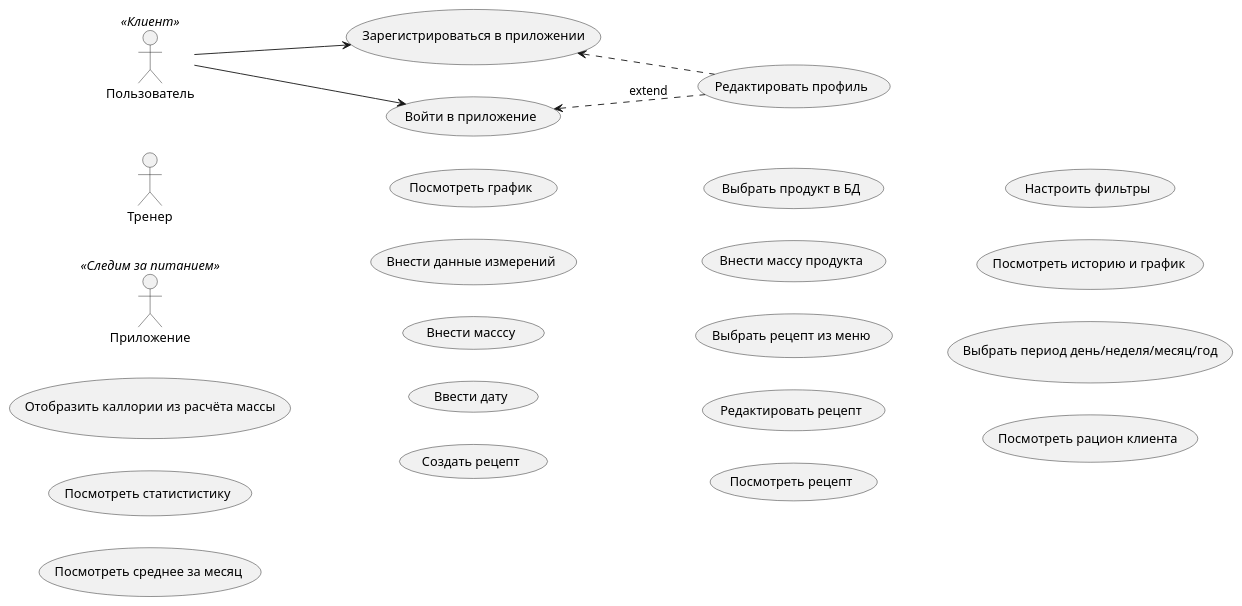
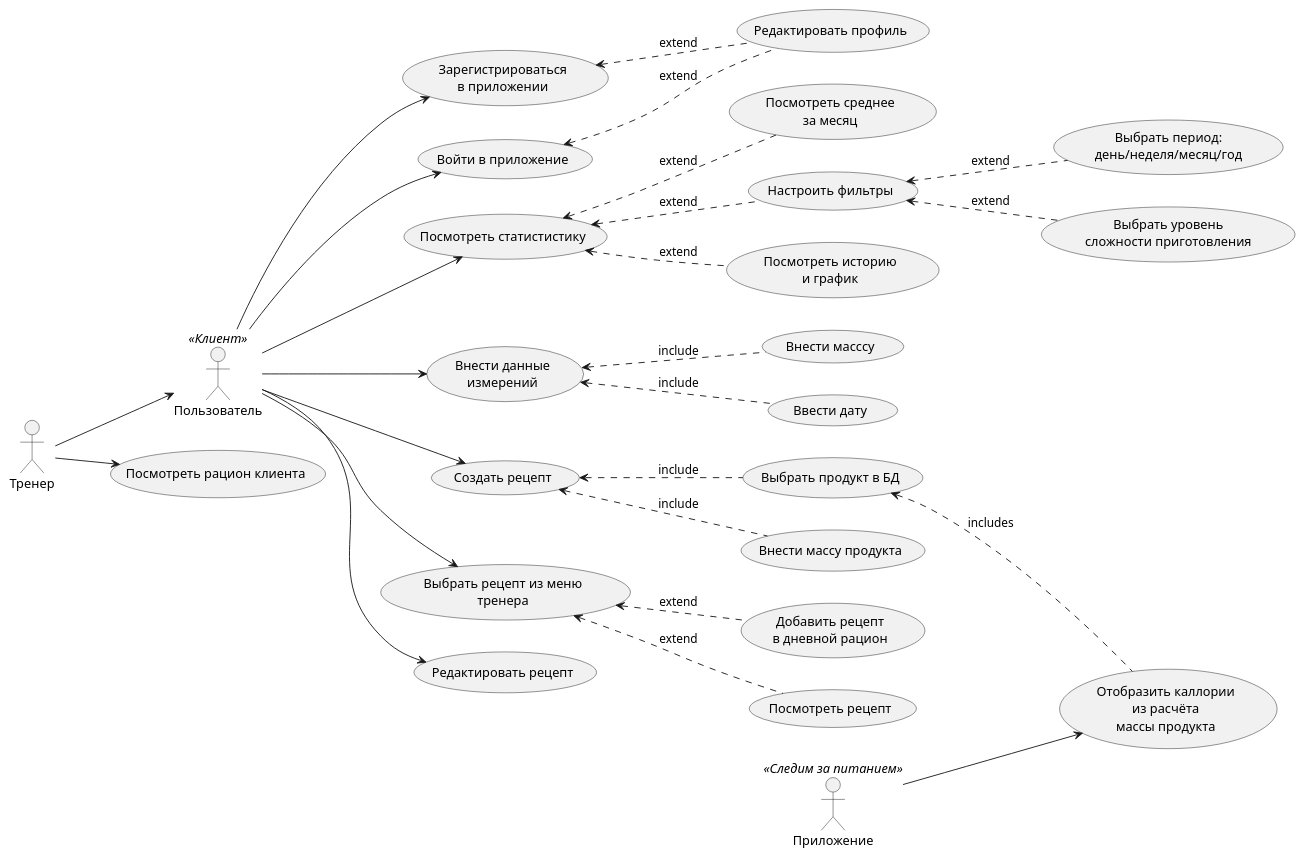
The diagram in src/diagrams/use-case.wsd (KateVishnya/nutrition-watch), drawn with PlantUML before and after one commit.

Commit message:
use-case

```diff
--- a/src/diagrams/use-case.wsd
+++ b/src/diagrams/use-case.wsd
@@ -1,52 +1,91 @@
 @startuml
 
 left to right direction
+skinparam packageStyle rectangle
 
 ' Роли
 :Тренер: as couch
 :Пользователь: as user <<Клиент>>
 :Приложение: as app <<Следим за питанием>>
 
+couch -->  user 
+
+
 ' Варианты
 
-usecase (Зарегистрироваться в приложении) as uc_reg
-usecase (Редактировать профиль) as uc_edit_profile
-usecase (Войти в приложение) as uc_sign_in
+usecase uc_reg  as "Зарегистрироваться
+в приложении"
+usecase uc_edit_profile  as "Редактировать профиль"
+usecase  uc_sign_in as "Войти в приложение"
 
-usecase (Отобразить каллории из расчёта массы) as show_callories
+usecase show_callories as "Отобразить каллории
+из расчёта
+массы продукта"
 
-usecase (Посмотреть статистистику) as view_stat
-usecase (Посмотреть среднее за месяц) as view_average
-usecase (Посмотреть график) as view_chart
+usecase view_stat as "Посмотреть статистистику"
+usecase view_average as "Посмотреть среднее
+за месяц"
 
-usecase (Внести данные измерений) as enter_data
-usecase (Внести масссу) as add_mass
-usecase (Ввести дату) as add_date
+usecase enter_data  as "Внести данные
+измерений"
+usecase add_mass as "Внести масссу"
+usecase add_dateas "Ввести дату"
 
 ' Рецепты могут создать и пользователи и клиенты
 usecase (Создать рецепт) as create_recipe
 usecase (Выбрать продукт в БД) as uc_check_eat
+
 usecase (Внести массу продукта) as uc_add_eat
 
-usecase (Выбрать рецепт из меню) as choose_recipe
-usecase (Редактировать рецепт) as edit_recipe
+usecase choose_recipe as "Выбрать рецепт из меню
+тренера"
+usecase save_recipe as "Добавить рецепт
+в дневной рацион"
+usecase edit_recipe  as "Редактировать рецепт"
 
-usecase (Посмотреть рецепт) as view_recipe
+usecase view_recipe as "Посмотреть рецепт"
 
-usecase (Настроить фильтры) as configure_filters
+usecase configure_filters as "Настроить фильтры"
 
 
-usecase (Посмотреть историю и график) as view_history_schedule
-usecase (Выбрать период день/неделя/месяц/год) as select_period
-
-usecase (Посмотреть рацион клиента) as view_diet
+usecase view_history_schedule  as "Посмотреть историю
+и график"
+usecase select_period as "Выбрать период:
+день/неделя/месяц/год"
+usecase select_kitchen as "Выбрать уровень
+сложности приготовления"
+usecase view_diet as "Посмотреть рацион клиента"
 
 ' Связи
 
 user --> uc_reg
-uc_reg <.. uc_edit_profile
+uc_reg <.. uc_edit_profile : extend
 user --> uc_sign_in
 uc_sign_in <.. uc_edit_profile : extend
 
+user --> enter_data
+enter_data <.. add_mass : include
+enter_data <.. add_date : include
 
+user --> create_recipe
+create_recipe <.. uc_check_eat : include
+create_recipe <.. uc_add_eat : include
+
+user --> choose_recipe
+user --> edit_recipe
+choose_recipe <.. view_recipe : extend
+choose_recipe <.. save_recipe : extend
+
+user --> view_stat
+view_stat <.. view_average : extend
+view_stat <.. view_history_schedule : extend
+view_stat <.. configure_filters : extend
+configure_filters <.. select_period : extend
+configure_filters <.. select_kitchen :extend
+
+
+app --> show_callories
+uc_check_eat <.. show_callories : includes
+
+couch --> view_diet
 @enduml
```
